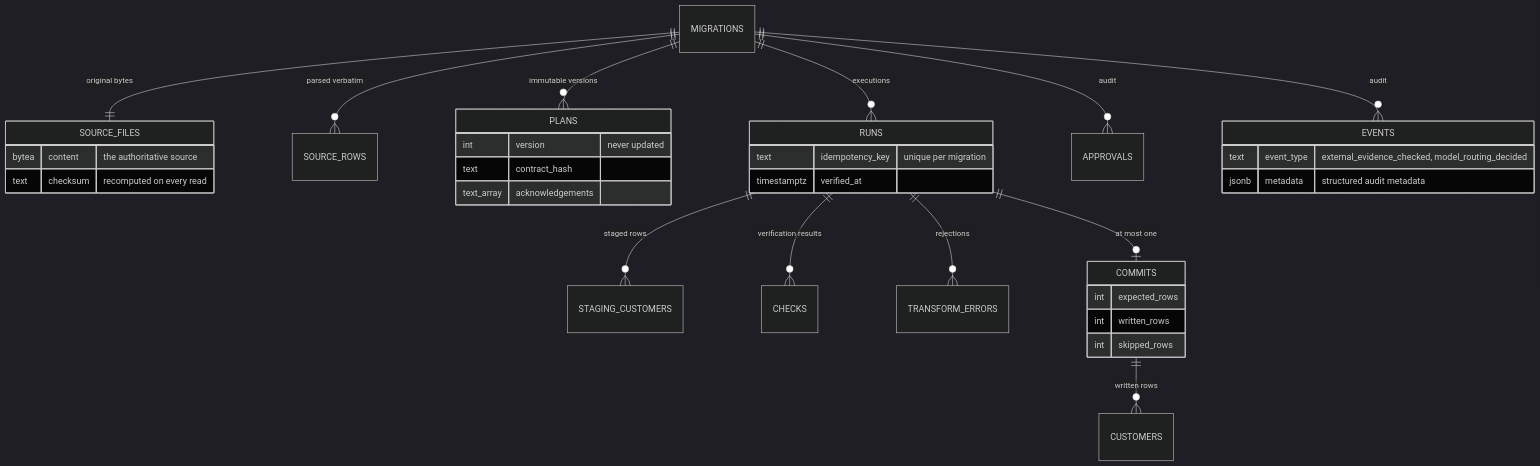
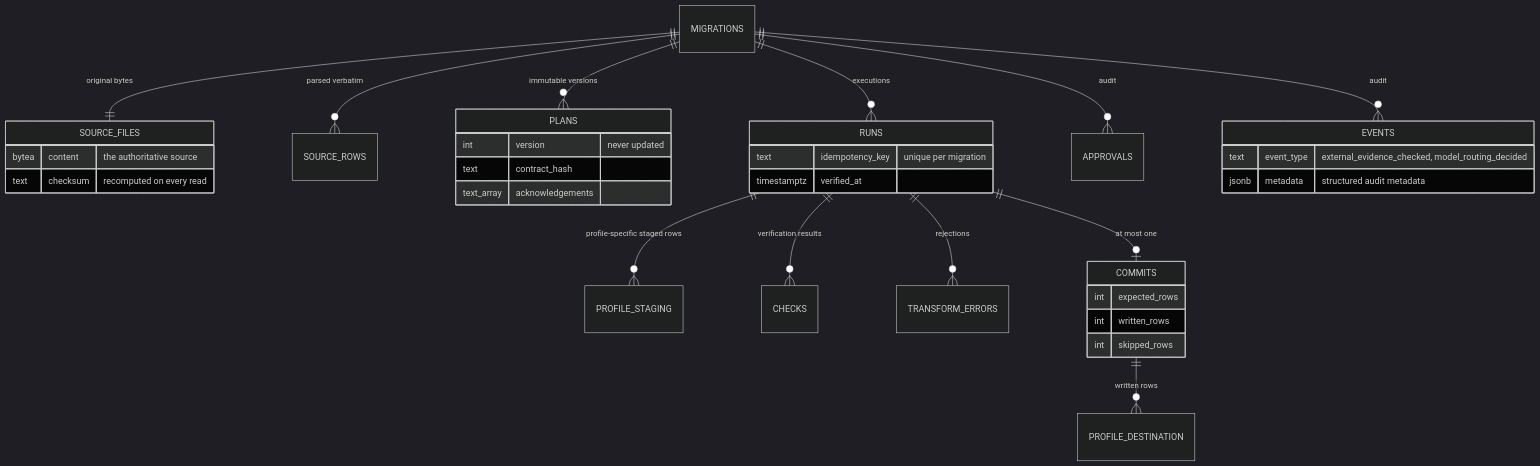
Before and after one commit to wiqilee/Moveproof: the sixth of 6 diagrams in README.md, drawn with Mermaid (dark theme). The commit also changed other lines of this file and 26 other files, not shown here.

````diff
--- a/README.md
+++ b/README.md
@@ -660,37 +670,37 @@
 ```mermaid
 erDiagram
     MIGRATIONS ||--|| SOURCE_FILES : "original bytes"
     MIGRATIONS ||--o{ SOURCE_ROWS : "parsed verbatim"
     MIGRATIONS ||--o{ PLANS : "immutable versions"
     MIGRATIONS ||--o{ RUNS : "executions"
     MIGRATIONS ||--o{ APPROVALS : "audit"
     MIGRATIONS ||--o{ EVENTS : "audit"
-    RUNS ||--o{ STAGING_CUSTOMERS : "staged rows"
+    RUNS ||--o{ PROFILE_STAGING : "profile-specific staged rows"
     RUNS ||--o{ CHECKS : "verification results"
     RUNS ||--o{ TRANSFORM_ERRORS : "rejections"
     RUNS ||--o| COMMITS : "at most one"
-    COMMITS ||--o{ CUSTOMERS : "written rows"
+    COMMITS ||--o{ PROFILE_DESTINATION : "written rows"
 
     SOURCE_FILES {
         bytea content "the authoritative source"
         text checksum "recomputed on every read"
     }
     PLANS {
         int version "never updated"
         text contract_hash
         text_array acknowledgements
     }
     RUNS {
         text idempotency_key "unique per migration"
         timestamptz verified_at
     }
     EVENTS {
         text event_type "external_evidence_checked, model_routing_decided"
         jsonb metadata "structured audit metadata"
     }
     COMMITS {
         int expected_rows
         int written_rows
         int skipped_rows
     }
 ```
````
